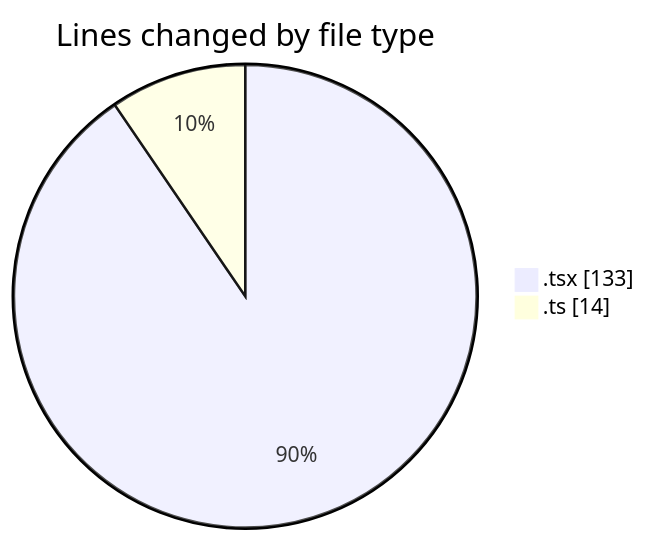
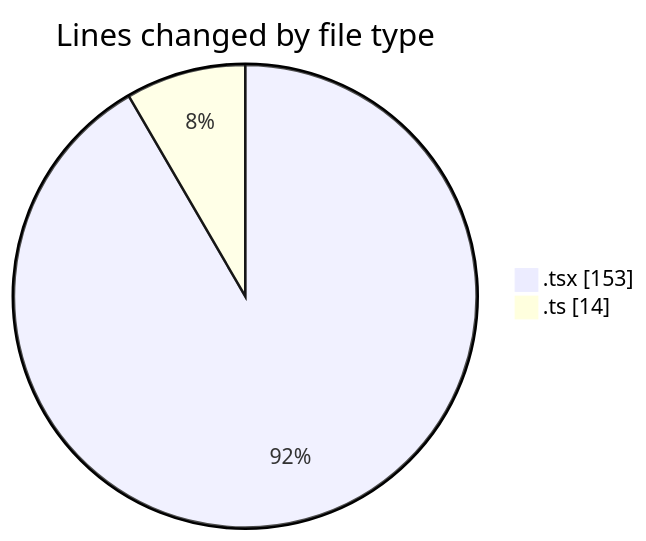
Before and after one commit to robertbonfada/code-tracking: the first of 2 diagrams in 2025-01-10/mbc-web/README.md, drawn with Mermaid. The commit also changed other lines of this file and 1 other file, not shown here.

````diff
--- a/2025-01-10/mbc-web/README.md
+++ b/2025-01-10/mbc-web/README.md
@@ -23,6 +23,6 @@
 ```mermaid
 pie showData
 title Lines changed by file type
-".tsx" : 133
+".tsx" : 153
 ".ts" : 14
 ```
````
